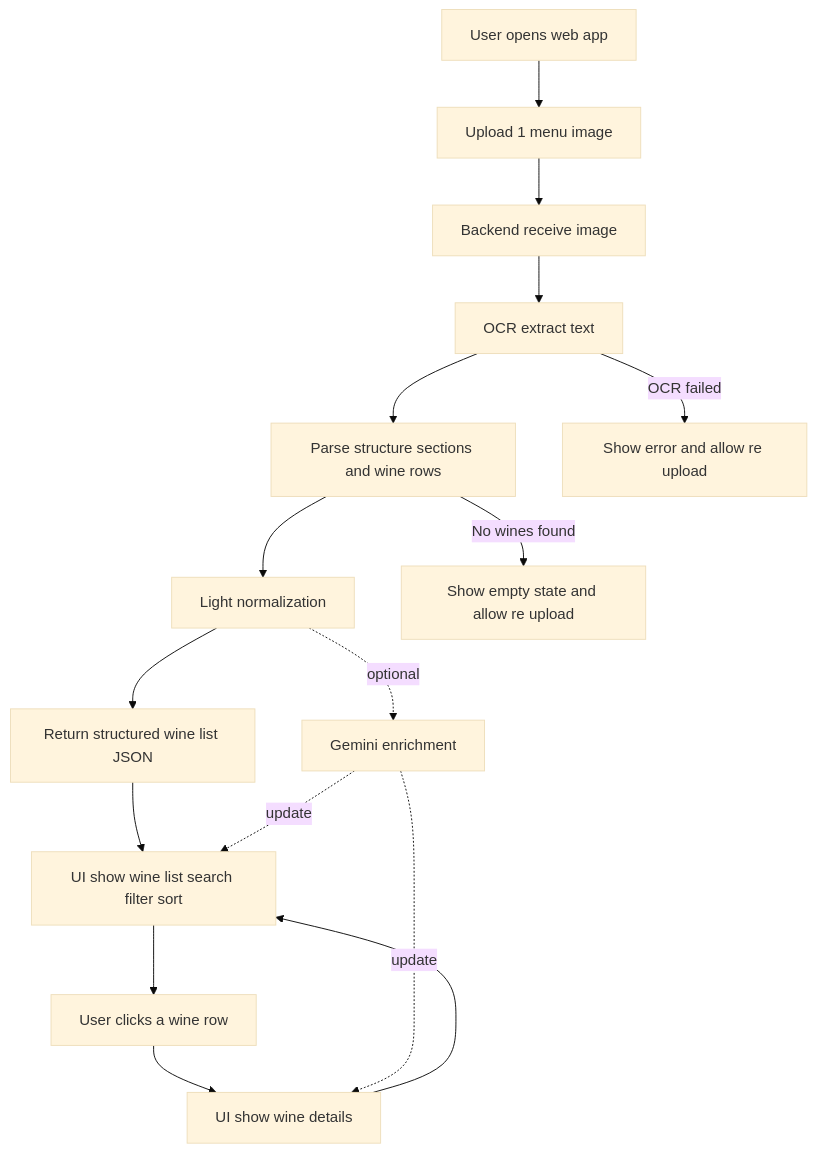
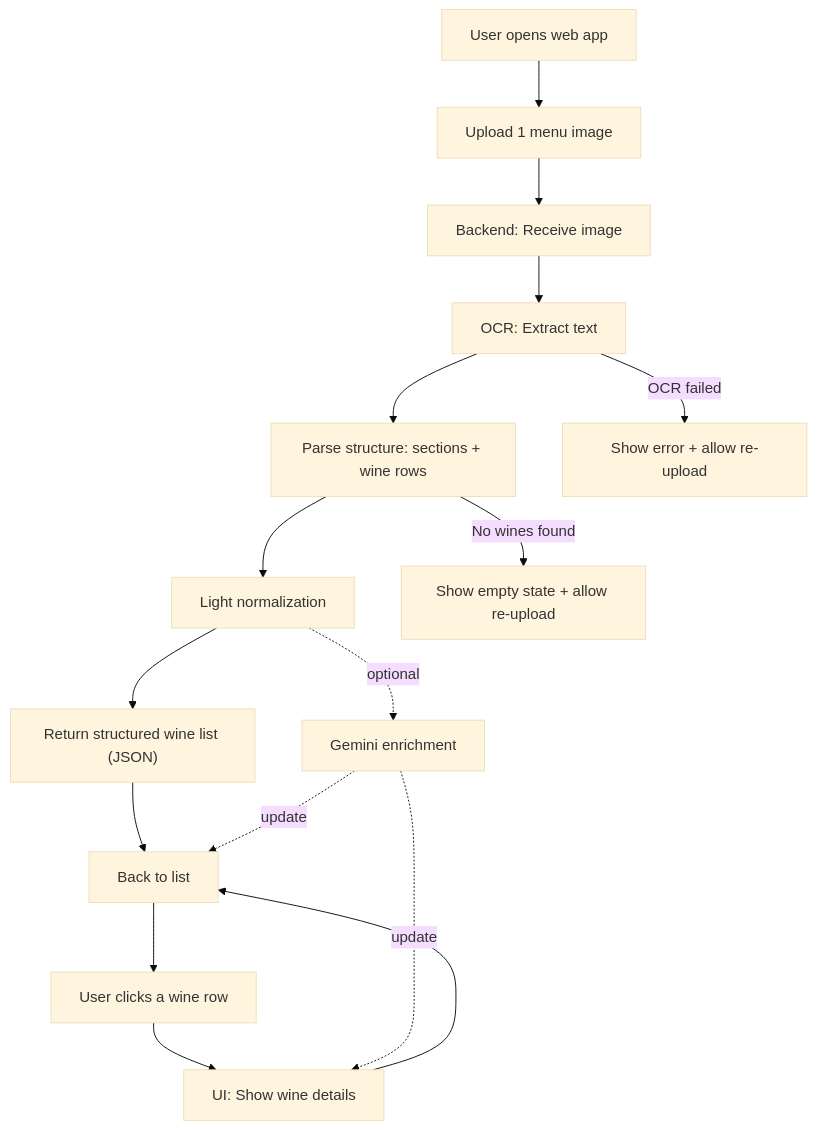
The diagram in Requirements.md (daviduswe/WineMenuScanner), drawn with Mermaid (base theme) before and after one commit.

Commit message:
Fix Flowchart

````diff
--- a/Requirements.md
+++ b/Requirements.md
@@ -149,24 +149,24 @@
 ```mermaid
 flowchart TD
-    A["User opens web app"] --> B["Upload 1 menu image"]
-    B --> C["Backend receive image"]
-    C --> D["OCR extract text"]
-    D --> E["Parse structure sections and wine rows"]
-    E --> F["Light normalization"]
+    A[User opens web app] --> B[Upload 1 menu image]
+    B --> C[Backend: Receive image]
+    C --> D[OCR: Extract text]
+    D --> E["Parse structure: sections + wine rows"]
+    E --> F[Light normalization]
 
-    F --> G["Return structured wine list JSON"]
-    G --> H["UI show wine list search filter sort"]
+    F --> G["Return structured wine list (JSON)"]
+    G --> H["UI: Show wine list (search + filter + sort)"]
 
-    H --> I["User clicks a wine row"]
-    I --> J["UI show wine details"]
-    J --> H
+    H --> I[User clicks a wine row]
+    I --> J[UI: Show wine details]
+    J --> H[Back to list]
 
-    %% Optional enrichment best effort
-    F -. optional .-> K["Gemini enrichment"]
+    %% Optional enrichment (best-effort)
+    F -. optional .-> K[Gemini enrichment]
     K -. update .-> J
     K -. update .-> H
 
-    %% Error empty handling
-    D -->|"OCR failed"| X["Show error and allow re upload"]
-    E -->|"No wines found"| Y["Show empty state and allow re upload"]
+    %% Error/empty handling
+    D -->|OCR failed| X["Show error + allow re-upload"]
+    E -->|No wines found| Y["Show empty state + allow re-upload"]
 ```
````
